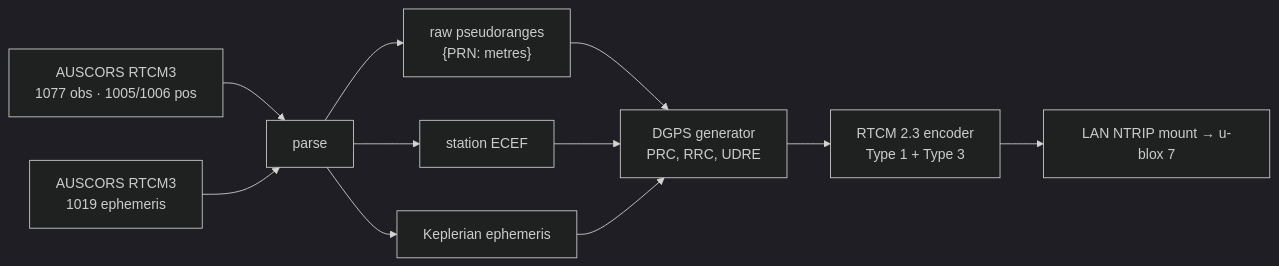
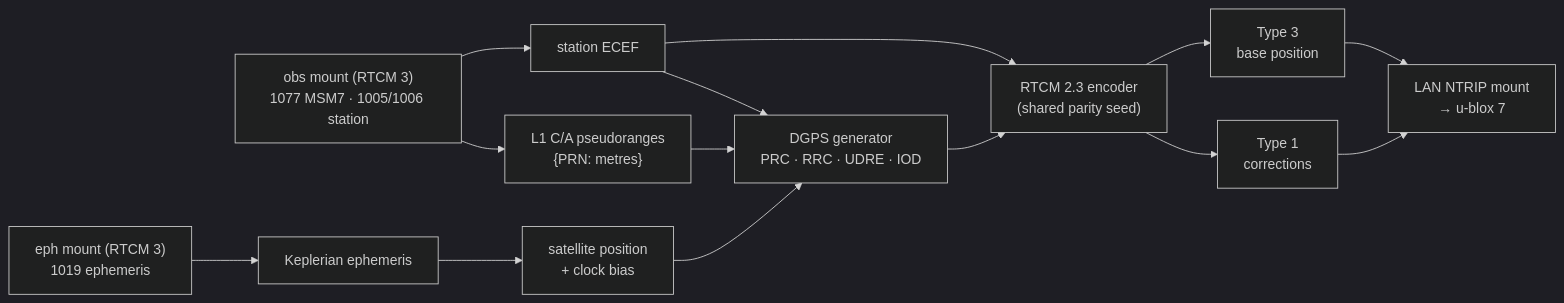
Before and after one commit to mithro/ntrip-rtcm3-to-rtcm2p3: the diagram in docs/conversion.md, drawn with Mermaid (dark theme). The commit also changed 1 other file, not shown here.

Commit message:
docs: improve pipeline diagrams (mermaid, verified against code)
- conversion.md: fix data lineage in the flowchart (obs mount ->
  pseudoranges + station ECEF; eph mount -> ephemeris), surface the
  satellite position/clock step, route station ECEF to the Type 3
  encoder, and split the output into Type 1 / Type 3.
- architecture.md: convert the ASCII pipeline to a mermaid flowchart
  that shows the obs stream forking (verbatim -> ADDE_RTCM3, parsed ->
  conversion -> ADDE_RTCM23) and the eph stream feeding only the
  converter, matching service.py.

Rendered both with mermaid-cli and reviewed the output; docs build
clean under sphinx-build -W.

Claude-Session: https://claude.ai/code/session_01Cw9Tv6EEL5xNsbSXFfLjeP

````diff
--- a/docs/conversion.md
+++ b/docs/conversion.md
@@ -36,13 +36,21 @@
 ```{mermaid}
 flowchart LR
-    A["AUSCORS RTCM3<br/>1077 obs · 1005/1006 pos"] --> P[parse]
-    E["AUSCORS RTCM3<br/>1019 ephemeris"] --> P
-    P --> R["raw pseudoranges<br/>{PRN: metres}"]
-    P --> S["station ECEF"]
-    P --> K["Keplerian ephemeris"]
-    R --> D
+    OBS["obs mount (RTCM 3)<br/>1077 MSM7 · 1005/1006 station"]
+    EPH["eph mount (RTCM 3)<br/>1019 ephemeris"]
+
+    OBS --> PR["L1 C/A pseudoranges<br/>{PRN: metres}"]
+    OBS --> S["station ECEF"]
+    EPH --> K["Keplerian ephemeris"]
+
+    K --> SAT["satellite position<br/>+ clock bias"]
+    PR --> D
     S --> D
-    K --> D["DGPS generator<br/>PRC, RRC, UDRE"]
-    D --> C["RTCM 2.3 encoder<br/>Type 1 + Type 3"]
-    C --> O["LAN NTRIP mount → u-blox 7"]
+    SAT --> D["DGPS generator<br/>PRC · RRC · UDRE · IOD"]
+
+    D --> ENC["RTCM 2.3 encoder<br/>(shared parity seed)"]
+    S --> ENC
+    ENC --> T1["Type 1<br/>corrections"]
+    ENC --> T3["Type 3<br/>base position"]
+    T1 --> O["LAN NTRIP mount<br/>→ u-blox 7"]
+    T3 --> O
 ```
````
